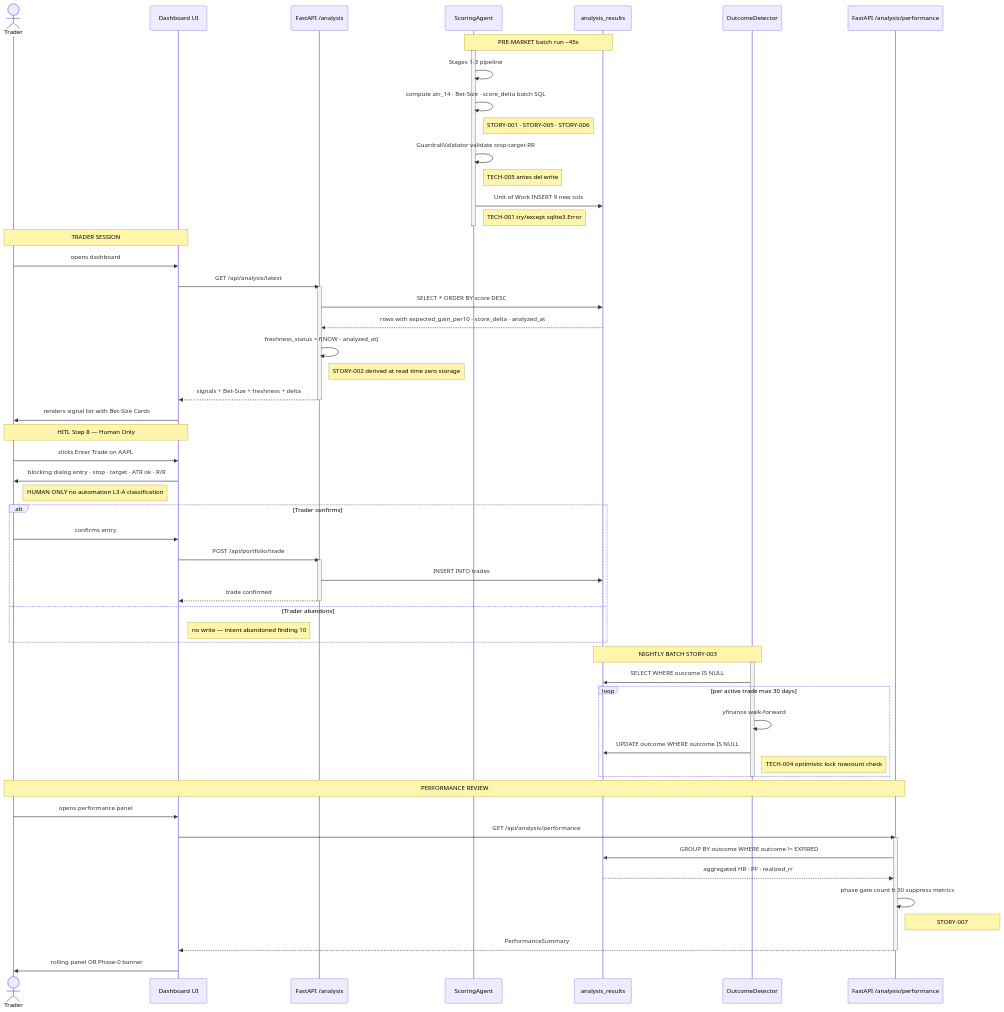
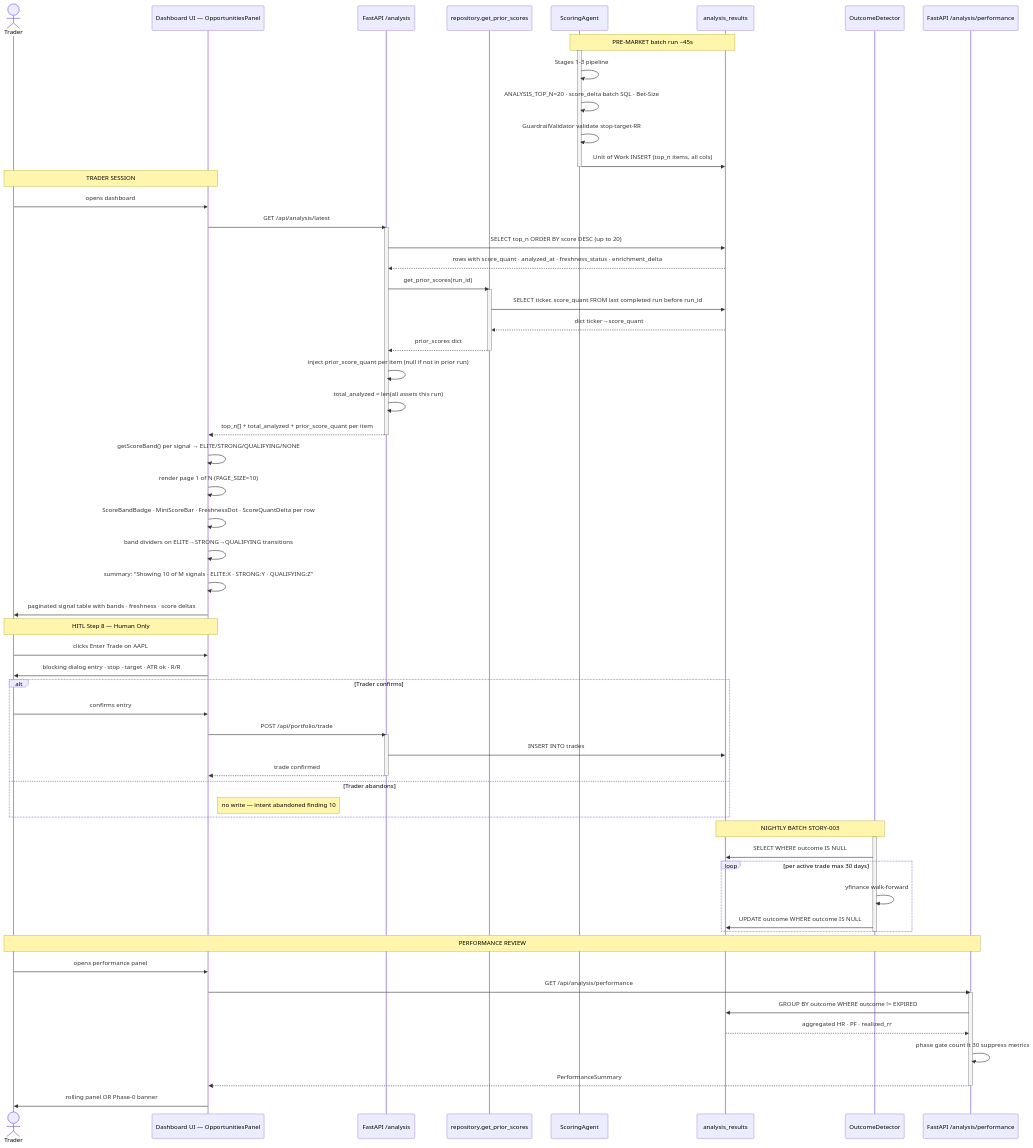
The fourth of 7 diagrams in planning/FinAlly_Domain_Architecture_v2.md (jcris21/TradeMarket-AI-Detector), drawn with Mermaid before and after one commit. The commit also changed other lines of this file and 15 other files, not shown here.

````diff
--- a/planning/FinAlly_Domain_Architecture_v2.md
+++ b/planning/FinAlly_Domain_Architecture_v2.md
@@ -258,8 +300,9 @@
 ```mermaid
 sequenceDiagram
   actor Trader
-  participant UI as Dashboard UI
+  participant UI as Dashboard UI — OpportunitiesPanel
   participant API as FastAPI /analysis
+  participant REPO as repository.get_prior_scores
   participant SC as ScoringAgent
   participant DB as analysis_results
   participant OD as OutcomeDetector
@@ -269,12 +312,9 @@
 
   activate SC
   SC->>SC: Stages 1-3 pipeline
-  SC->>SC: compute atr_14 · Bet-Size · score_delta batch SQL
-  Note right of SC: STORY-001 · STORY-005 · STORY-006
+  SC->>SC: ANALYSIS_TOP_N=20 · score_delta batch SQL · Bet-Size
   SC->>SC: GuardrailValidator validate stop·target·RR
-  Note right of SC: TECH-005 antes del write
-  SC->>DB: Unit of Work INSERT 9 new cols
-  Note right of SC: TECH-001 try/except sqlite3.Error
+  SC->>DB: Unit of Work INSERT (top_n items, all cols)
   deactivate SC
 
   Note over Trader,UI: TRADER SESSION
@@ -282,19 +322,30 @@
   Trader->>UI: opens dashboard
   UI->>API: GET /api/analysis/latest
   activate API
-  API->>DB: SELECT * ORDER BY score DESC
-  DB-->>API: rows with expected_gain_per10 · score_delta · analyzed_at
-  API->>API: freshness_status = f(NOW - analyzed_at)
-  Note right of API: STORY-002 derived at read time zero storage
-  API-->>UI: signals + Bet-Size + freshness + delta
+  API->>DB: SELECT top_n ORDER BY score DESC (up to 20)
+  DB-->>API: rows with score_quant · analyzed_at · freshness_status · enrichment_delta
+  API->>REPO: get_prior_scores(run_id)
+  activate REPO
+  REPO->>DB: SELECT ticker, score_quant FROM last completed run before run_id
+  DB-->>REPO: dict ticker→score_quant
+  REPO-->>API: prior_scores dict
+  deactivate REPO
+  API->>API: inject prior_score_quant per item (null if not in prior run)
+  API->>API: total_analyzed = len(all assets this run)
+  API-->>UI: top_n[] + total_analyzed + prior_score_quant per item
   deactivate API
-  UI->>Trader: renders signal list with Bet-Size Cards
+
+  UI->>UI: getScoreBand() per signal → ELITE/STRONG/QUALIFYING/NONE
+  UI->>UI: render page 1 of N (PAGE_SIZE=10)
+  UI->>UI: ScoreBandBadge · MiniScoreBar · FreshnessDot · ScoreQuantDelta per row
+  UI->>UI: band dividers on ELITE→STRONG→QUALIFYING transitions
+  UI->>UI: summary: "Showing 10 of M signals · ELITE:X · STRONG:Y · QUALIFYING:Z"
+  UI->>Trader: paginated signal table with bands · freshness · score deltas
 
   Note over Trader,UI: HITL Step 8 — Human Only
 
   Trader->>UI: clicks Enter Trade on AAPL
   UI->>Trader: blocking dialog entry · stop · target · ATR ok · R/R
-  Note right of Trader: HUMAN ONLY no automation L3-A classification
 
   alt Trader confirms
     Trader->>UI: confirms entry
@@ -314,7 +365,6 @@
   loop per active trade max 30 days
     OD->>OD: yfinance walk-forward
     OD->>DB: UPDATE outcome WHERE outcome IS NULL
-    Note right of OD: TECH-004 optimistic lock rowcount check
   end
   deactivate OD
 
@@ -326,7 +376,6 @@
   PerfAPI->>DB: GROUP BY outcome WHERE outcome != EXPIRED
   DB-->>PerfAPI: aggregated HR · PF · realized_rr
   PerfAPI->>PerfAPI: phase gate count lt 30 suppress metrics
-  Note right of PerfAPI: STORY-007
   PerfAPI-->>UI: PerformanceSummary
   deactivate PerfAPI
   UI->>Trader: rolling panel OR Phase-0 banner
````
